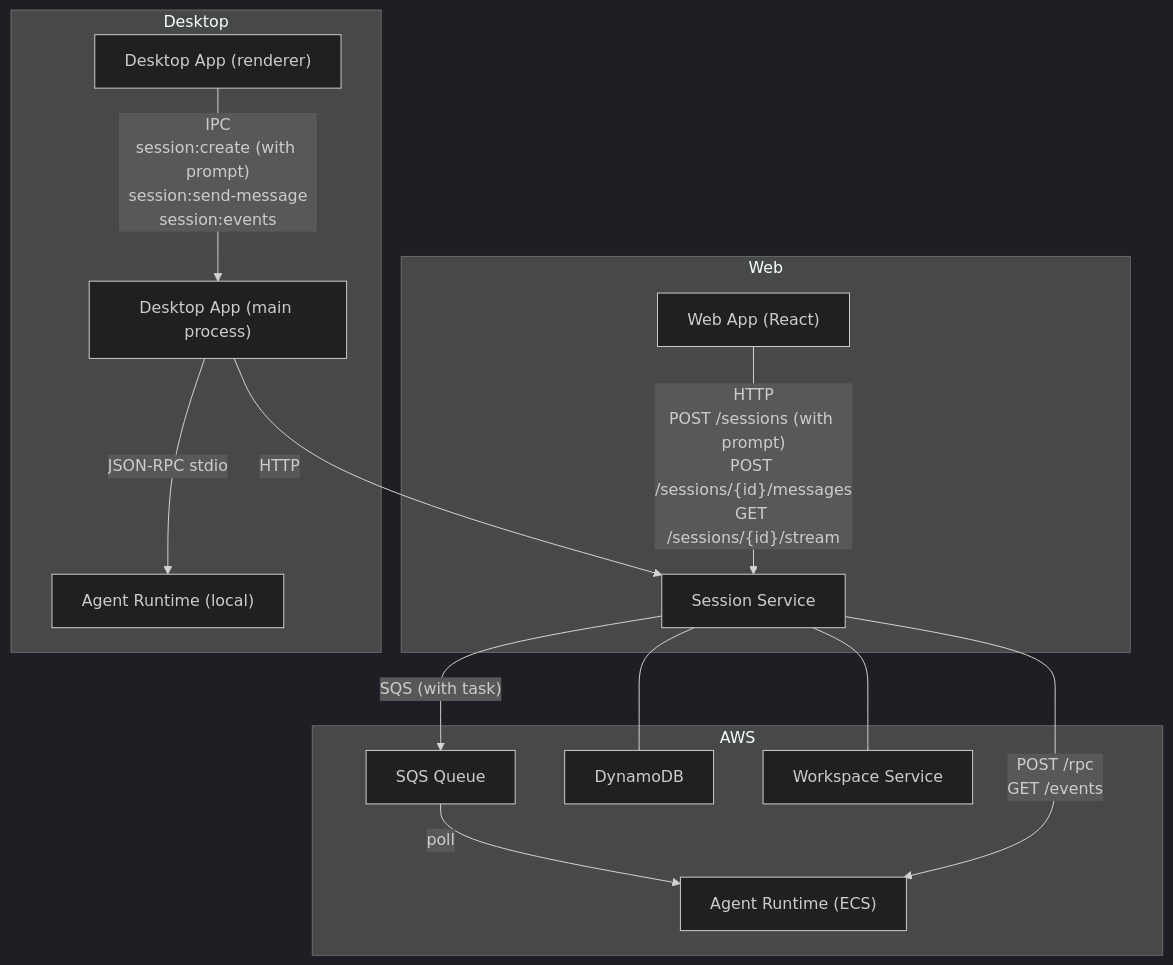
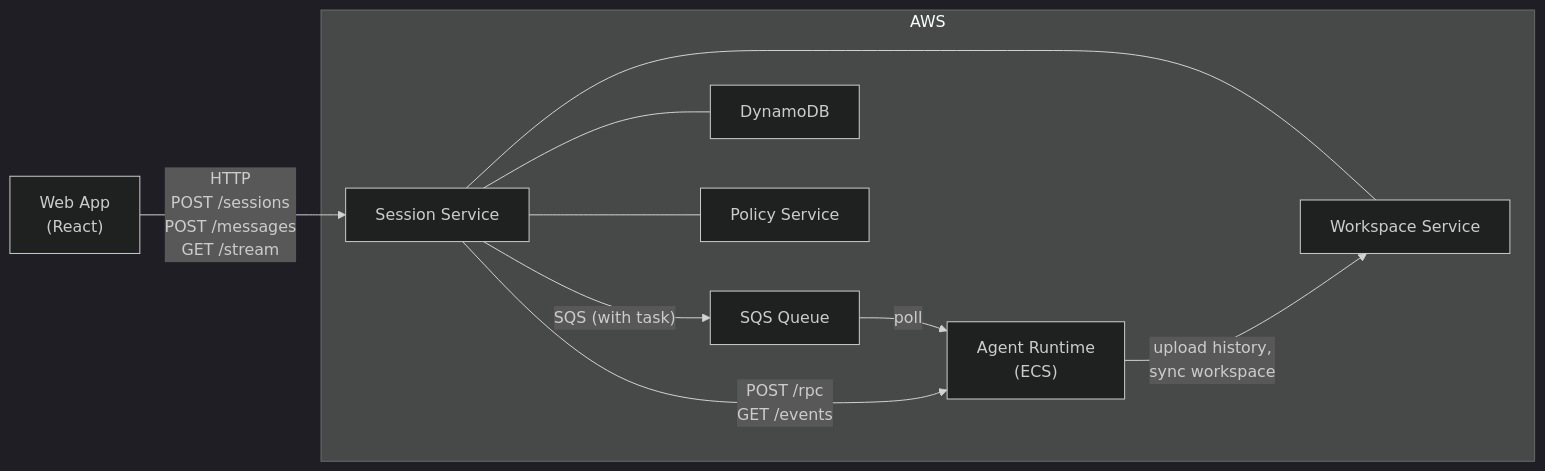
The first of 5 diagrams in docs/design/simplified-session-api.md (suman724/cowork-infra), drawn with Mermaid (dark theme) before and after one commit. The commit also changed other lines of this file, not shown here.

Commit message:
docs: fix component diagrams — show agent-runtime cloud connections
Desktop agent-runtime connects directly to Session Service (task
reporting) and Workspace Service (history upload, workspace sync).
Split into separate web/desktop diagrams for clarity.

````diff
--- a/docs/design/simplified-session-api.md
+++ b/docs/design/simplified-session-api.md
@@ -55,24 +57,21 @@
 ```mermaid
-flowchart TB
-    subgraph Web
-        WebUI["Web App (React)"]
-        WebUI -->|"HTTP<br/>POST /sessions (with prompt)<br/>POST /sessions/{id}/messages<br/>GET /sessions/{id}/stream"| SS
-    end
-
-    subgraph Desktop
-        Renderer["Desktop App (renderer)"]
-        Main["Desktop App (main process)"]
-        Renderer -->|"IPC<br/>session:create (with prompt)<br/>session:send-message<br/>session:events"| Main
-        Main -->|"JSON-RPC stdio"| LocalAgent["Agent Runtime (local)"]
-        Main -->|"HTTP"| SS
-    end
+flowchart LR
+    WebUI["Web App<br/>(React)"] -->|"HTTP<br/>POST /sessions<br/>POST /messages<br/>GET /stream"| SS
 
     subgraph Cloud["AWS"]
         SS["Session Service"]
-        SS -->|"SQS (with task)"| SQS["SQS Queue"]
-        SQS -->|"poll"| CloudAgent["Agent Runtime (ECS)"]
+        SQS["SQS Queue"]
+        DB["DynamoDB"]
+        WS["Workspace Service"]
+        PS["Policy Service"]
+        CloudAgent["Agent Runtime<br/>(ECS)"]
+
+        SS -->|"SQS (with task)"| SQS
+        SQS -->|"poll"| CloudAgent
         SS -->|"POST /rpc<br/>GET /events"| CloudAgent
-        SS --- DB["DynamoDB"]
-        SS --- WS["Workspace Service"]
+        SS --- DB
+        SS --- WS
+        SS --- PS
+        CloudAgent -->|"upload history,<br/>sync workspace"| WS
     end
 ```
````
